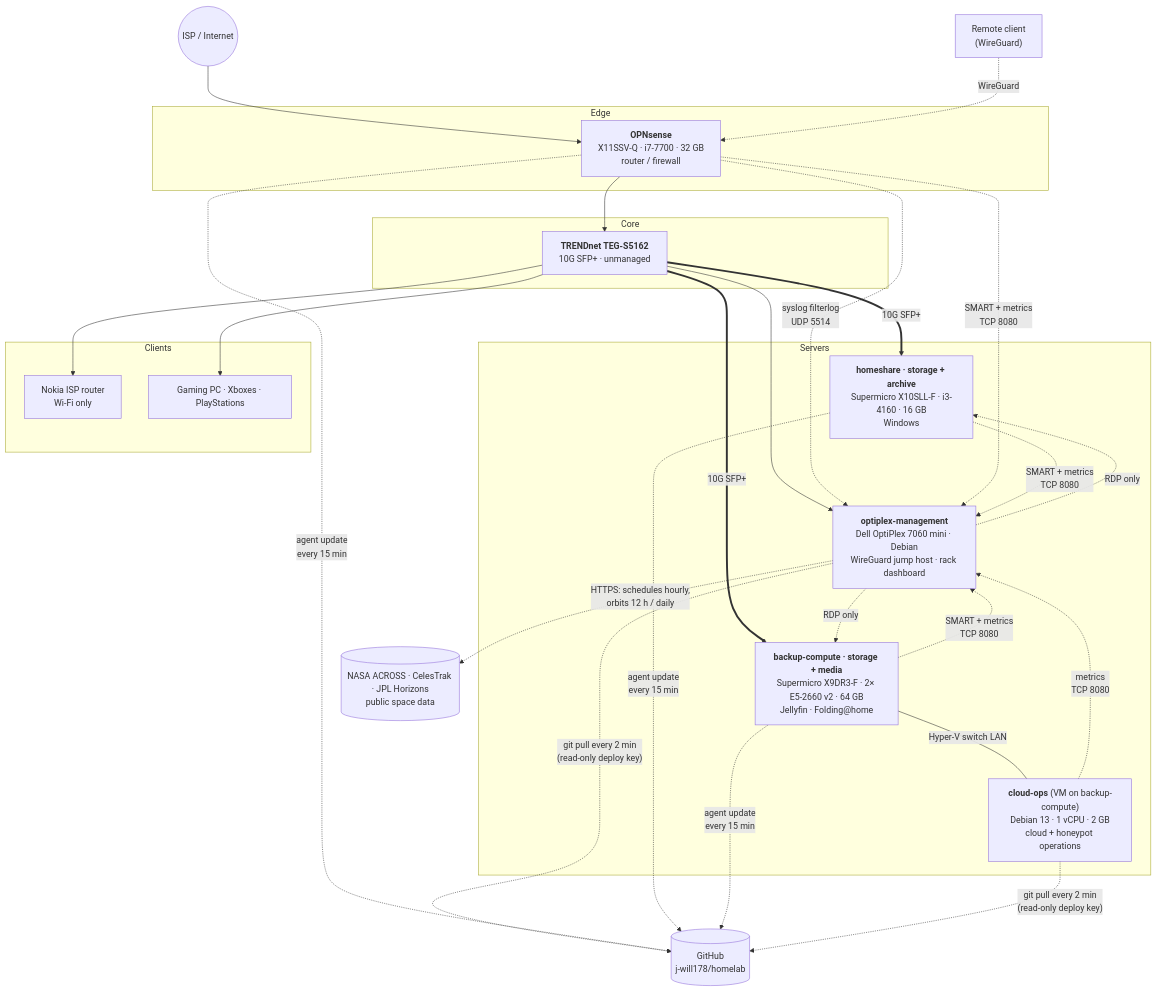
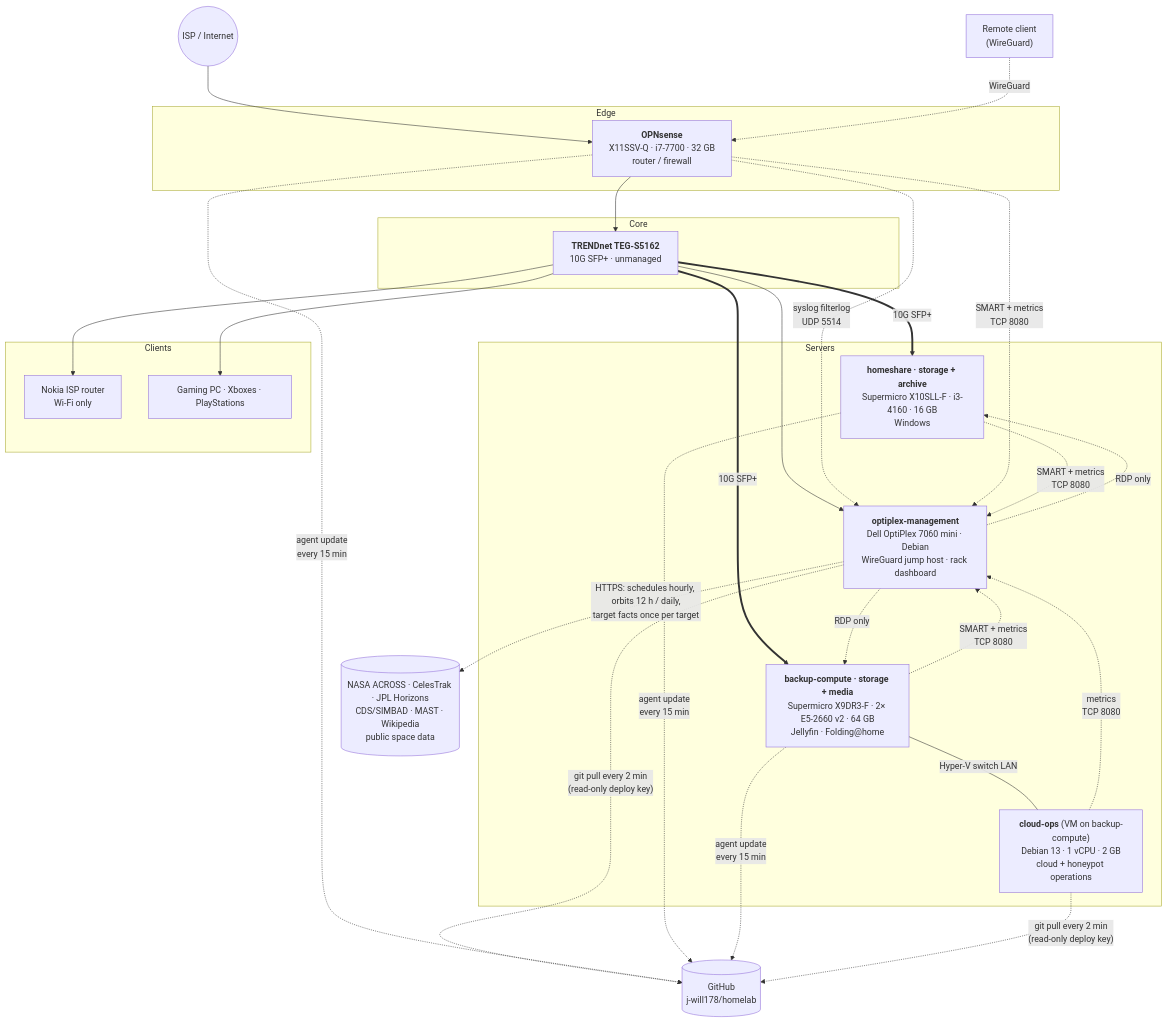
The first of 2 diagrams in docs/topology.md (j-will178/homelab-showcase), drawn with Mermaid before and after one commit. The commit also changed other lines of this file and 9 other files, not shown here.

````diff
--- a/docs/topology.md
+++ b/docs/topology.md
@@ -23,53 +23,53 @@
 ```mermaid
 flowchart TB
     WAN(("ISP / Internet"))
     VPN["Remote client<br/>(WireGuard)"]
 
     subgraph EDGE["Edge"]
         OPN["<b>OPNsense</b><br/>X11SSV-Q · i7-7700 · 32 GB<br/>router / firewall"]
     end
 
     subgraph CORE["Core"]
         SW["<b>TRENDnet TEG-S5162</b><br/>10G SFP+ · unmanaged"]
     end
 
     subgraph SERVERS["Servers"]
         M1["<b>homeshare · storage + archive</b><br/>Supermicro X10SLL-F · i3-4160 · 16 GB<br/>Windows"]
         M2["<b>backup-compute · storage + media</b><br/>Supermicro X9DR3-F · 2× E5-2660 v2 · 64 GB<br/>Jellyfin · Folding@home"]
         OPT["<b>optiplex-management</b><br/>Dell OptiPlex 7060 mini · Debian<br/>WireGuard jump host · rack dashboard"]
         CO["<b>cloud-ops</b> (VM on backup-compute)<br/>Debian 13 · 1 vCPU · 2 GB<br/>cloud + honeypot operations"]
     end
 
     subgraph CLIENTS["Clients"]
         NOKIA["Nokia ISP router<br/>Wi-Fi only"]
         GAME["Gaming PC · Xboxes · PlayStations"]
     end
 
     WAN --> OPN
     VPN -. "WireGuard" .-> OPN
     OPN --> SW
     SW == "10G SFP+" ==> M1
     SW == "10G SFP+" ==> M2
     M2 -- "Hyper-V switch LAN" --- CO
     SW --> OPT
     SW --> NOKIA
     SW --> GAME
 
     OPN -. "syslog filterlog<br/>UDP 5514" .-> OPT
     OPN -. "SMART + metrics<br/>TCP 8080" .-> OPT
     M1 -. "SMART + metrics<br/>TCP 8080" .-> OPT
     M2 -. "SMART + metrics<br/>TCP 8080" .-> OPT
     CO -. "metrics<br/>TCP 8080" .-> OPT
     OPT -. "RDP only" .-> M1
     OPT -. "RDP only" .-> M2
 
     GH[("GitHub<br/>j-will178/homelab")]
     OPT -. "git pull every 2 min<br/>(read-only deploy key)" .-> GH
     OPN -. "agent update<br/>every 15 min" .-> GH
     M1 -. "agent update<br/>every 15 min" .-> GH
     M2 -. "agent update<br/>every 15 min" .-> GH
     CO -. "git pull every 2 min<br/>(read-only deploy key)" .-> GH
 
-    SPACE[("NASA ACROSS · CelesTrak · JPL Horizons<br/>public space data")]
-    OPT -. "HTTPS: schedules hourly,<br/>orbits 12 h / daily" .-> SPACE
+    SPACE[("NASA ACROSS · CelesTrak · JPL Horizons<br/>CDS/SIMBAD · MAST · Wikipedia<br/>public space data")]
+    OPT -. "HTTPS: schedules hourly, orbits 12 h / daily,<br/>target facts once per target" .-> SPACE
 ```
````
